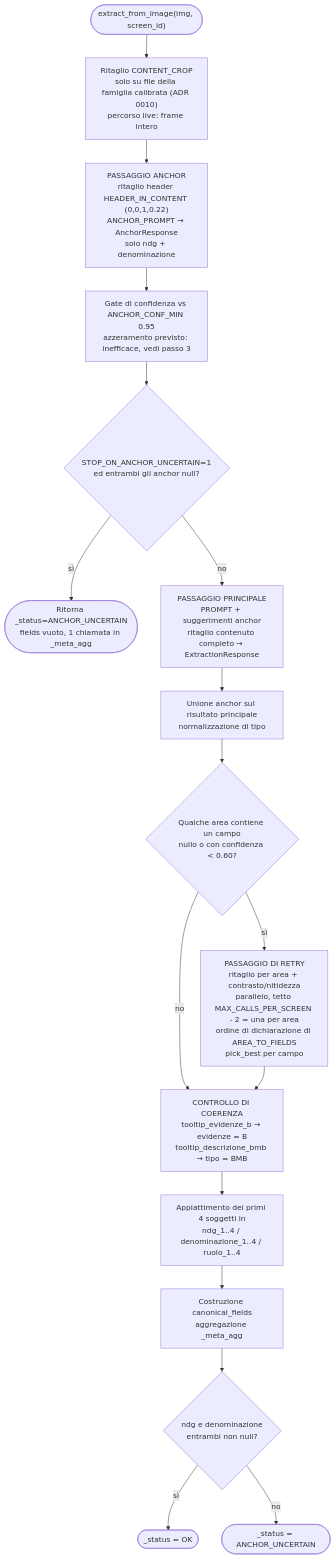
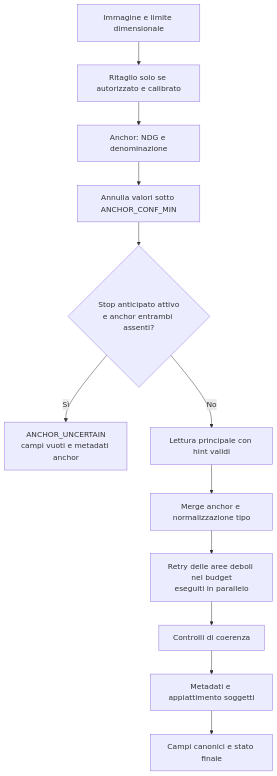
Before and after one commit to acaprino/MOL-BPER-OCR: the first of 4 diagrams in docs/05-workflows.md, drawn with Mermaid. The commit also changed other lines of this file and 108 other files, not shown here.

````diff
--- a/docs/05-workflows.md
+++ b/docs/05-workflows.md
@@ -15,19 +16,14 @@
 ```mermaid
 flowchart TD
-    Start(["extract_from_image(img, screen_id)"]) --> Crop["Ritaglio CONTENT_CROP<br/>solo su file della famiglia calibrata (ADR 0010)<br/>percorso live: frame intero"]
-    Crop --> Anchor["PASSAGGIO ANCHOR<br/>ritaglio header HEADER_IN_CONTENT (0,0,1,0.22)<br/>ANCHOR_PROMPT → AnchorResponse<br/>solo ndg + denominazione"]
-    Anchor --> Gate["Gate di confidenza vs ANCHOR_CONF_MIN 0.95<br/>azzeramento previsto: inefficace, vedi passo 3"]
-    Gate --> StopCheck{"STOP_ON_ANCHOR_UNCERTAIN=1<br/>ed entrambi gli anchor null?"}
-    StopCheck -->|sì| EarlyExit(["Ritorna _status=ANCHOR_UNCERTAIN<br/>fields vuoto, 1 chiamata in _meta_agg"])
-    StopCheck -->|no| Main["PASSAGGIO PRINCIPALE<br/>PROMPT + suggerimenti anchor<br/>ritaglio contenuto completo → ExtractionResponse"]
-    Main --> Merge["Unione anchor sul risultato principale<br/>normalizzazione di tipo"]
-    Merge --> RetryCheck{"Qualche area contiene un campo<br/>nullo o con confidenza < 0.60?"}
-    RetryCheck -->|no| Coherence
-    RetryCheck -->|sì| Retry["PASSAGGIO DI RETRY<br/>ritaglio per area + contrasto/nitidezza<br/>parallelo, tetto MAX_CALLS_PER_SCREEN - 2 = una per area<br/>ordine di dichiarazione di AREA_TO_FIELDS<br/>pick_best per campo"]
-    Retry --> Coherence["CONTROLLO DI COERENZA<br/>tooltip_evidenze_b → evidenze = B<br/>tooltip_descrizione_bmb → tipo = BMB"]
-    Coherence --> Flatten["Appiattimento dei primi 4 soggetti in<br/>ndg_1..4 / denominazione_1..4 / ruolo_1..4"]
-    Flatten --> Canonical["Costruzione canonical_fields<br/>aggregazione _meta_agg"]
-    Canonical --> Status{"ndg e denominazione<br/>entrambi non null?"}
-    Status -->|sì| OK(["_status = OK"])
-    Status -->|no| Uncertain(["_status = ANCHOR_UNCERTAIN"])
+    Image["Immagine e limite dimensionale"] --> Crop["Ritaglio solo se autorizzato e calibrato"]
+    Crop --> Anchor["Anchor: NDG e denominazione"]
+    Anchor --> Confidence["Annulla valori sotto ANCHOR_CONF_MIN"]
+    Confidence --> Stop{"Stop anticipato attivo<br/>e anchor entrambi assenti?"}
+    Stop -->|Sì| Early["ANCHOR_UNCERTAIN<br/>campi vuoti e metadati anchor"]
+    Stop -->|No| Main["Lettura principale con hint validi"]
+    Main --> Merge["Merge anchor e normalizzazione tipo"]
+    Merge --> Retry["Retry delle aree deboli nel budget<br/>eseguiti in parallelo"]
+    Retry --> Coherence["Controlli di coerenza"]
+    Coherence --> Meta["Metadati e appiattimento soggetti"]
+    Meta --> Canonical["Campi canonici e stato finale"]
 ```
````
